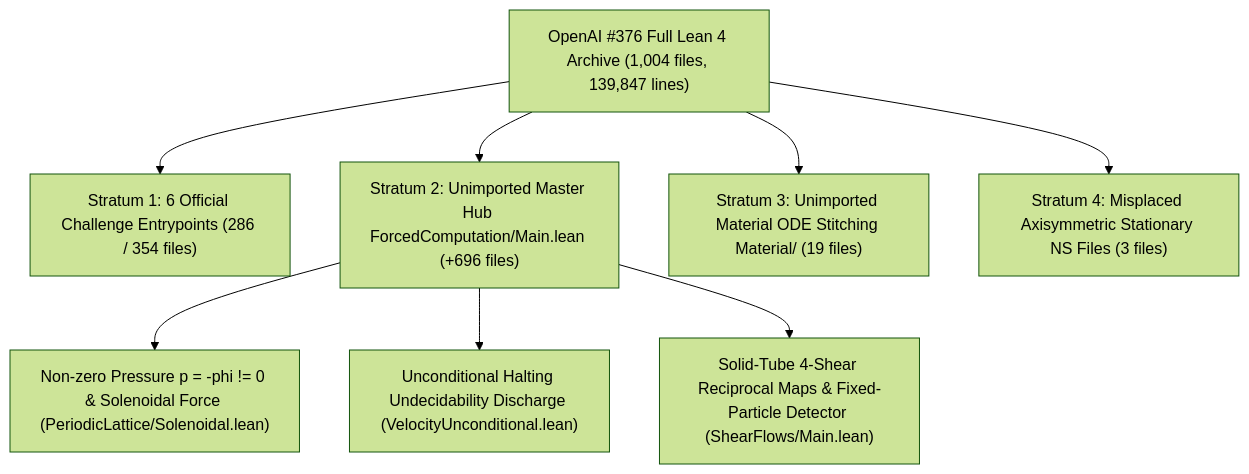
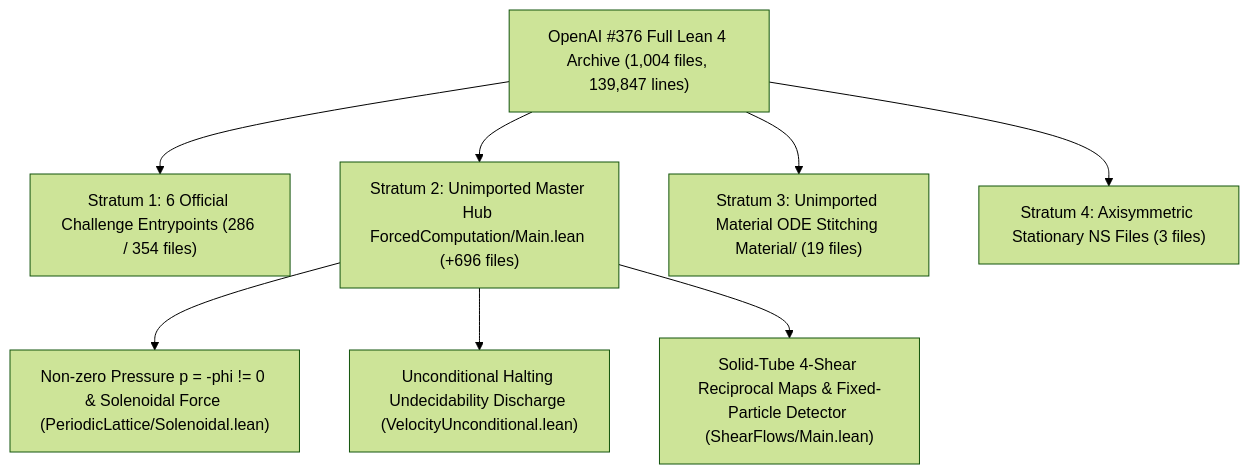
The diagram in anatomy/007-openai-376-navier-stokes-complete-reassembly/en/01_high_school_intuition_guide.md (gilheumpark-bit/ultari-proof-anatomy), drawn with Mermaid (forest theme) before and after one commit. The commit also changed other lines of this file and 62 other files, not shown here.

````diff
--- a/anatomy/007-openai-376-navier-stokes-complete-reassembly/en/01_high_school_intuition_guide.md
+++ b/anatomy/007-openai-376-navier-stokes-complete-reassembly/en/01_high_school_intuition_guide.md
@@ -16,10 +17,10 @@
 ```mermaid
 flowchart TD
     A["OpenAI #376 Full Lean 4 Archive (1,004 files, 139,847 lines)"] --> B["Stratum 1: 6 Official Challenge Entrypoints (286 / 354 files)"]
     A --> C["Stratum 2: Unimported Master Hub ForcedComputation/Main.lean (+696 files)"]
     A --> D["Stratum 3: Unimported Material ODE Stitching Material/ (19 files)"]
-    A --> E["Stratum 4: Misplaced Axisymmetric Stationary NS Files (3 files)"]
+    A --> E["Stratum 4: Axisymmetric Stationary NS Files (3 files)"]
     C --> F["Non-zero Pressure p = -phi != 0 & Solenoidal Force (PeriodicLattice/Solenoidal.lean)"]
     C --> G["Unconditional Halting Undecidability Discharge (VelocityUnconditional.lean)"]
     C --> H["Solid-Tube 4-Shear Reciprocal Maps & Fixed-Particle Detector (ShearFlows/Main.lean)"]
 ```
````
